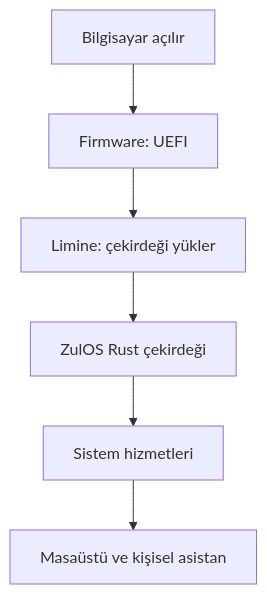
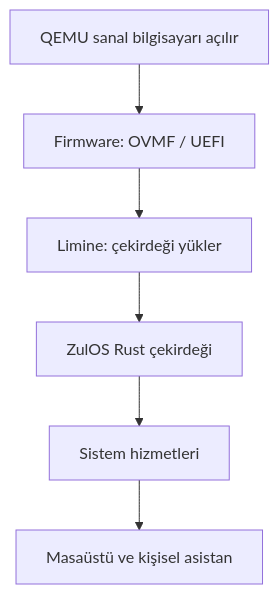
The diagram in docs/onyukleme.md (hcikikci/ZulOS), drawn with Mermaid before and after one commit. The commit also changed other lines of this file and 2 other files, not shown here.

Commit message:
docs: ilk açılış için UEFI kararını kaydet

````diff
--- a/docs/onyukleme.md
+++ b/docs/onyukleme.md
@@ -15,8 +17,8 @@
 ```mermaid
 flowchart TD
-    A[Bilgisayar açılır] --> B[Firmware: UEFI]
+    A[QEMU sanal bilgisayarı açılır] --> B[Firmware: OVMF / UEFI]
     B --> C[Limine: çekirdeği yükler]
     C --> D[ZulOS Rust çekirdeği]
     D --> E[Sistem hizmetleri]
     E --> F[Masaüstü ve kişisel asistan]
 ```
````
